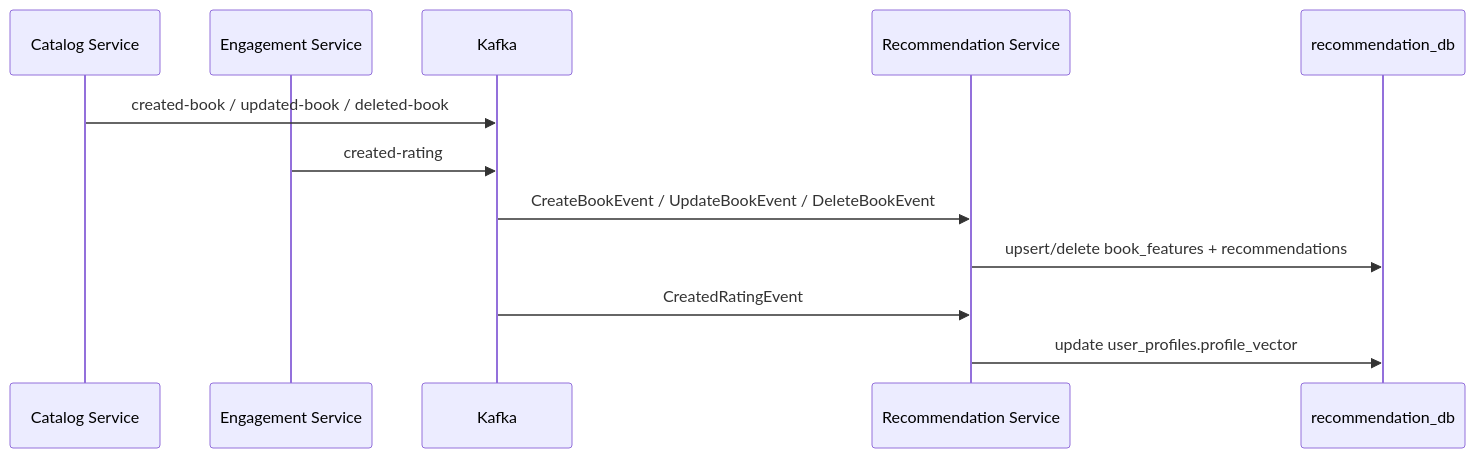
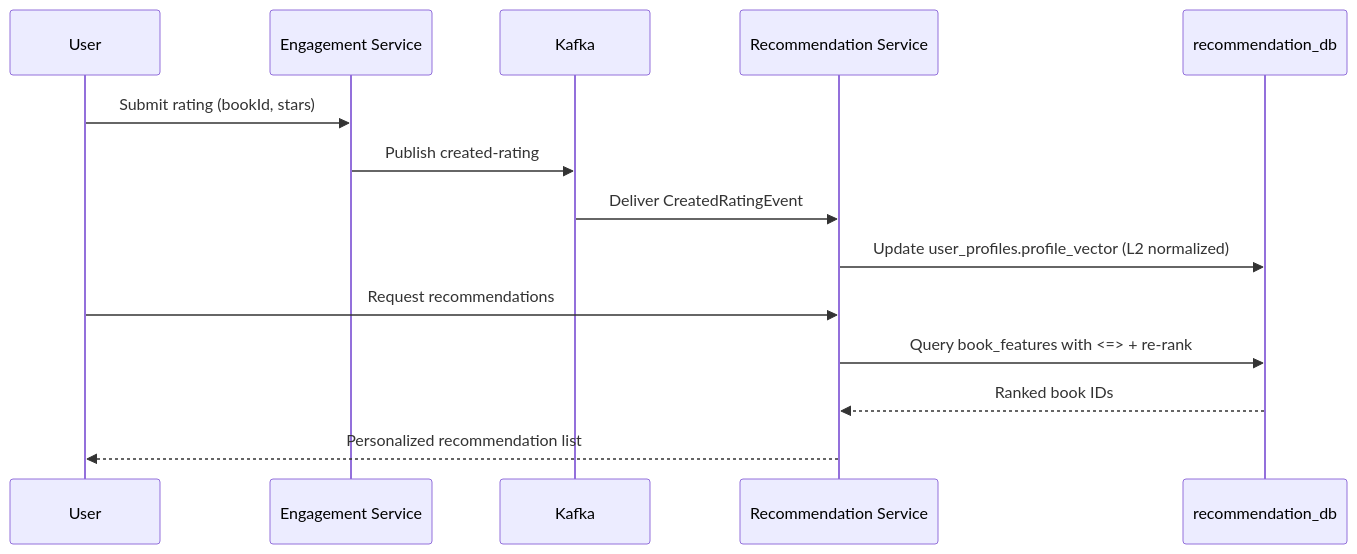
The third of 3 diagrams in README.md (Luca5Eckert/VellumHub), drawn with Mermaid before and after one commit. The commit also changed other lines of this file, not shown here.

````diff
--- a/README.md
+++ b/README.md
@@ -227,17 +193,18 @@
 ```mermaid
 sequenceDiagram
-    participant CS as Catalog Service
+    participant User
     participant ES as Engagement Service
     participant K as Kafka
     participant RS as Recommendation Service
-    participant RDB as recommendation_db
+    participant DB as recommendation_db
 
-    CS->>K: created-book / updated-book / deleted-book
-    ES->>K: created-rating
+    User->>ES: Submit rating (bookId, stars)
+    ES->>K: Publish created-rating
+    K->>RS: Deliver CreatedRatingEvent
+    RS->>DB: Update user_profiles.profile_vector (L2 normalized)
 
-    K->>RS: CreateBookEvent / UpdateBookEvent / DeleteBookEvent
-    RS->>RDB: upsert/delete book_features + recommendations
-
-    K->>RS: CreatedRatingEvent
-    RS->>RDB: update user_profiles.profile_vector
+    User->>RS: Request recommendations
+    RS->>DB: Query book_features with <=> + re-rank
+    DB-->>RS: Ranked book IDs
+    RS-->>User: Personalized recommendation list
 ```
````
